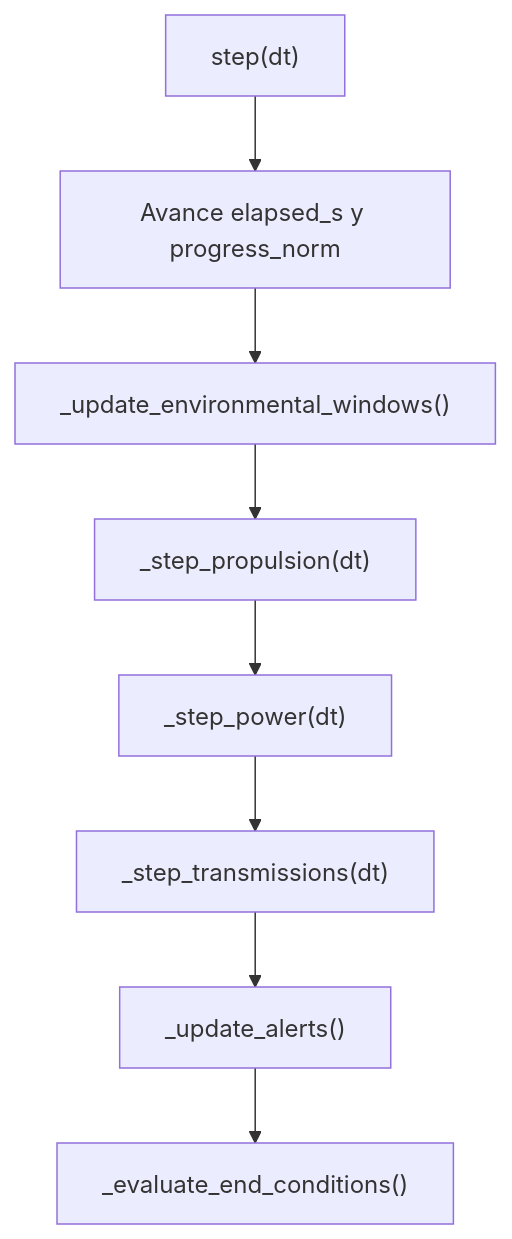
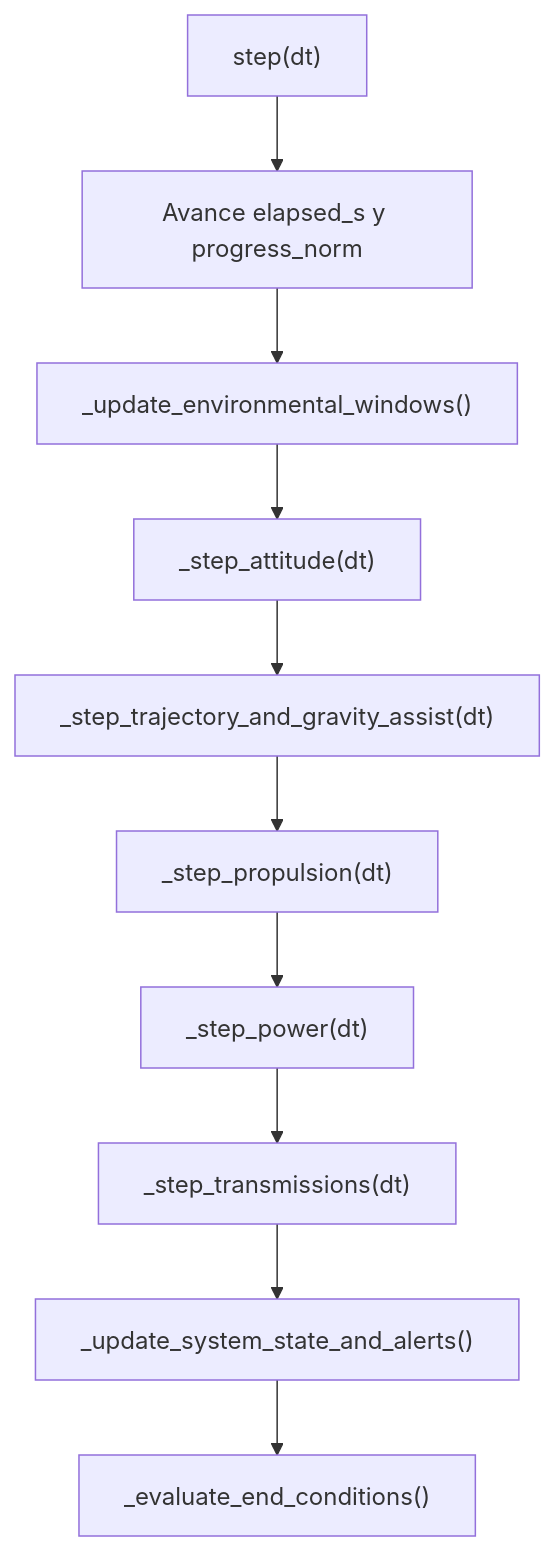
One commit to evert-aov/mision-critica changed the diagram in guia-desarrollador/02-SIMULADOR-DE-VUELO.md. Above: the diagram before and after it, drawn with Mermaid. The commit also changed other lines of this file and 10 other files, not shown here.

Commit message:
docs: update architecture guides and add requirements verification matrix

````diff
--- a/guia-desarrollador/02-SIMULADOR-DE-VUELO.md
+++ b/guia-desarrollador/02-SIMULADOR-DE-VUELO.md
@@ -9,10 +9,12 @@
 ```mermaid
 flowchart TD
   Step["step(dt)"] --> Time["Avance elapsed_s y progress_norm"]
   Time --> Env["_update_environmental_windows()"]
-  Env --> Prop["_step_propulsion(dt)"]
+  Env --> ACS["_step_attitude(dt)"]
+  ACS --> Traj["_step_trajectory_and_gravity_assist(dt)"]
+  Traj --> Prop["_step_propulsion(dt)"]
   Prop --> Power["_step_power(dt)"]
   Power --> Tx["_step_transmissions(dt)"]
-  Tx --> Alerts["_update_alerts()"]
-  Alerts --> End["_evaluate_end_conditions()"]
+  Tx --> State["_update_system_state_and_alerts()"]
+  State --> End["_evaluate_end_conditions()"]
 ```
````
